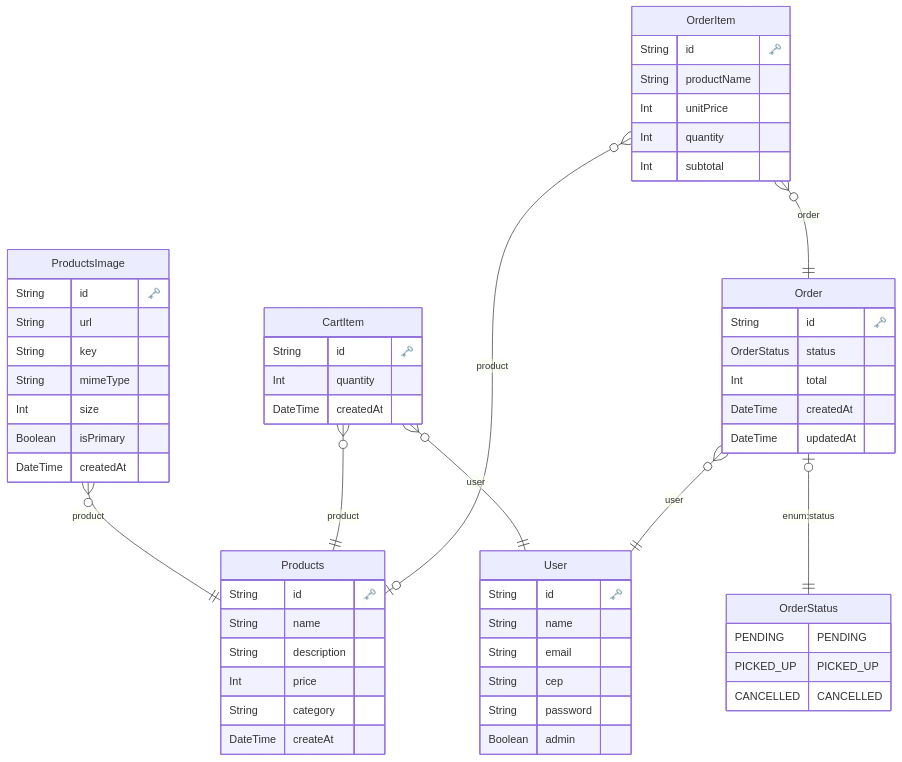
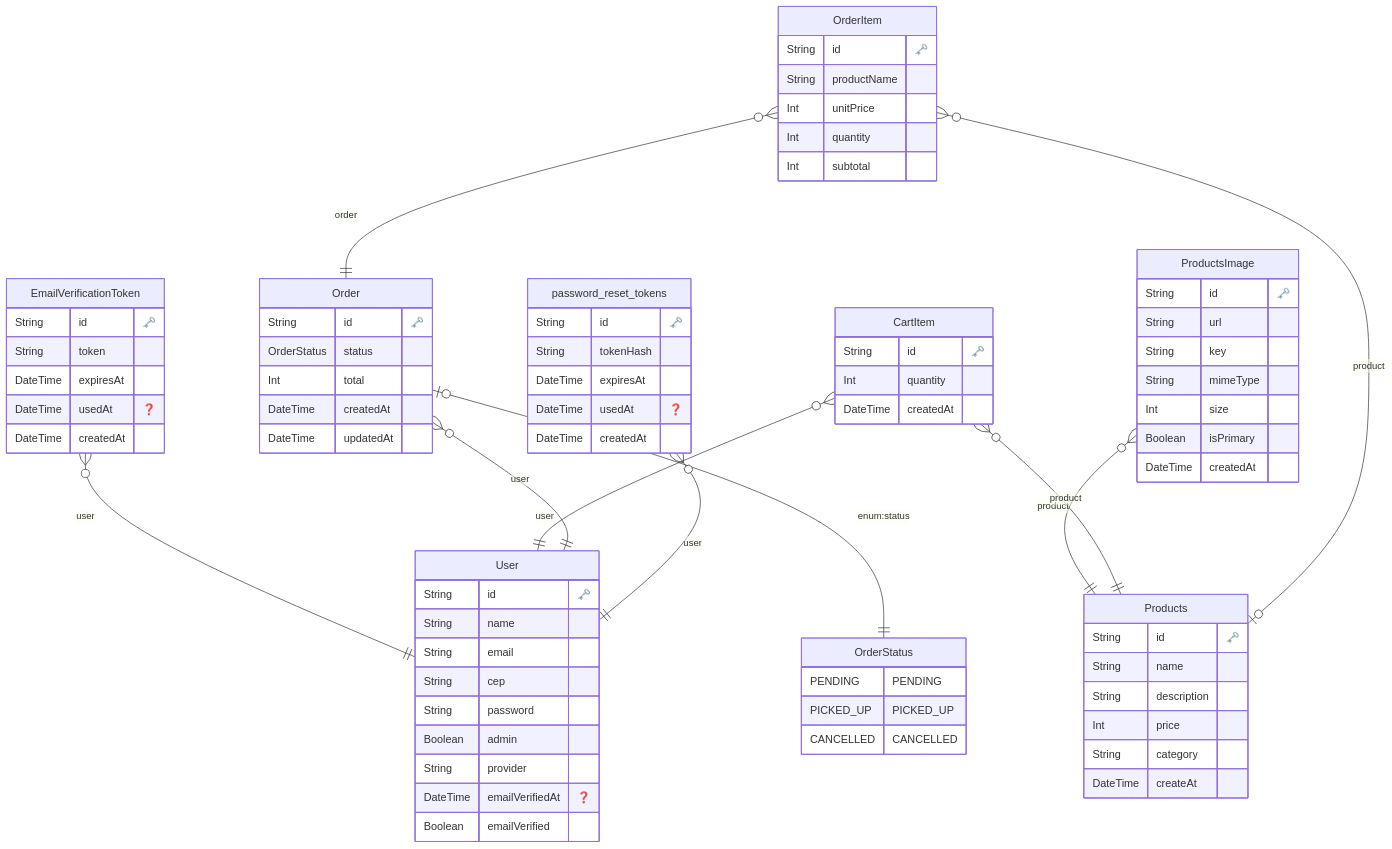
Before and after one commit to DevWesleyMedeiros/casa-do-hamburger: the diagram in back-end/docs/architecture/ERD.md, drawn with Mermaid. The commit also changed 35 other files, not shown here.

````diff
--- a/back-end/docs/architecture/ERD.md
+++ b/back-end/docs/architecture/ERD.md
@@ -14,6 +14,18 @@
     String cep 
     String password 
     Boolean admin 
+    String provider 
+    DateTime emailVerifiedAt "❓"
+    Boolean emailVerified 
+    }
+  
+
+  "EmailVerificationToken" {
+    String id "🗝️"
+    String token 
+    DateTime expiresAt 
+    DateTime usedAt "❓"
+    DateTime createdAt 
     }
   
 
@@ -62,6 +74,16 @@
     Int subtotal 
     }
   
+
+  "password_reset_tokens" {
+    String id "🗝️"
+    String tokenHash 
+    DateTime expiresAt 
+    DateTime usedAt "❓"
+    DateTime createdAt 
+    }
+  
+    "EmailVerificationToken" }o--|| "User" : "user"
     "ProductsImage" }o--|| "Products" : "product"
     "CartItem" }o--|| "Products" : "product"
     "CartItem" }o--|| "User" : "user"
@@ -69,4 +91,5 @@
     "Order" |o--|| "OrderStatus" : "enum:status"
     "OrderItem" }o--|| "Order" : "order"
     "OrderItem" }o--|o "Products" : "product"
+    "password_reset_tokens" }o--|| "User" : "user"
 ```
````
